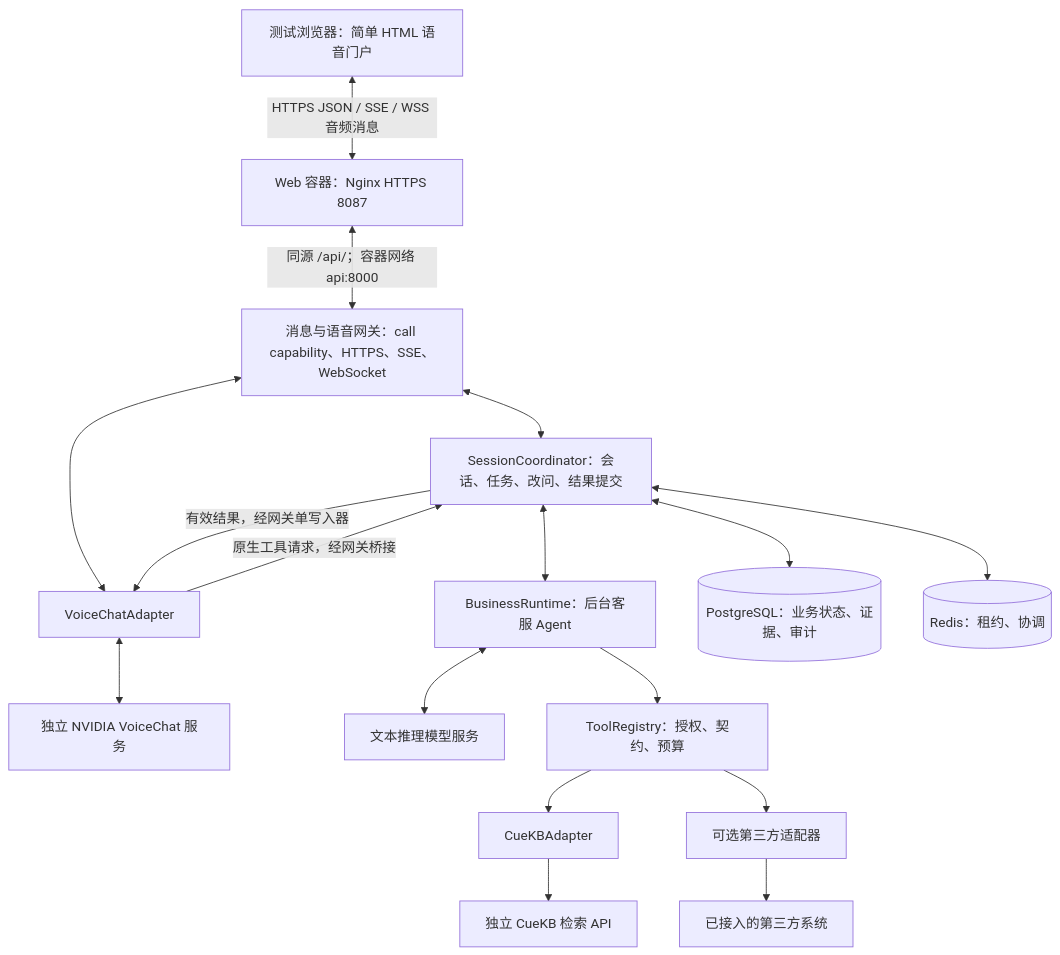
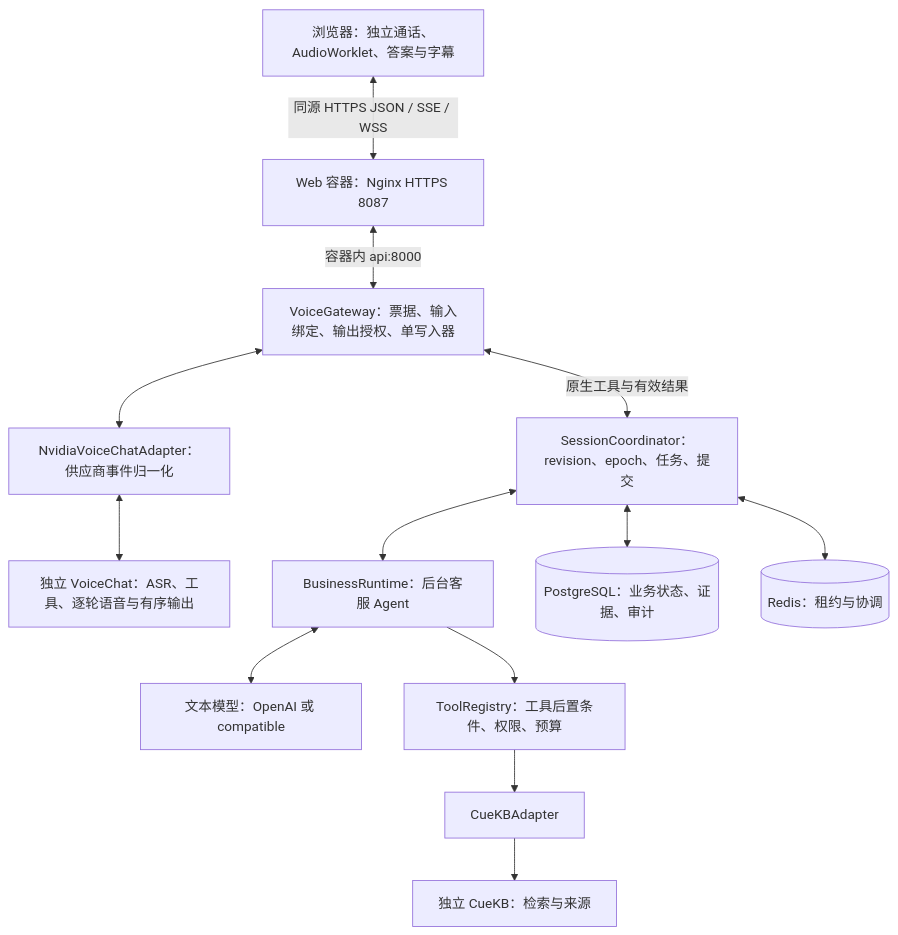
Before and after one commit to ttonghao-thao/voice-service-agent: the diagram in docs/architecture.md, drawn with Mermaid. The commit also changed other lines of this file and 29 other files, not shown here.

````diff
--- a/docs/architecture.md
+++ b/docs/architecture.md
@@ -20,32 +17,24 @@
 ```mermaid
 flowchart TB
-    U[测试浏览器：简单 HTML 语音门户]
+    U[浏览器：独立通话、AudioWorklet、答案与字幕]
     W[Web 容器：Nginx HTTPS 8087]
-    G[消息与语音网关：call capability、HTTPS、SSE、WebSocket]
-    C[SessionCoordinator：会话、任务、改问、结果提交]
-    V[VoiceChatAdapter]
-    N[独立 NVIDIA VoiceChat 服务]
+    G[VoiceGateway：票据、输入绑定、输出授权、单写入器]
+    C[SessionCoordinator：revision、epoch、任务、提交]
+    V[NvidiaVoiceChatAdapter：供应商事件归一化]
+    N[独立 VoiceChat：ASR、工具、逐轮语音与有序输出]
     B[BusinessRuntime：后台客服 Agent]
-    L[文本推理模型服务]
-    T[ToolRegistry：授权、契约、预算]
+    L[文本模型：OpenAI 或 compatible]
+    T[ToolRegistry：工具后置条件、权限、预算]
     K[CueKBAdapter]
-    Q[独立 CueKB 检索 API]
-    X[可选第三方适配器]
-    E[已接入的第三方系统]
+    Q[独立 CueKB：检索与来源]
     S[(PostgreSQL：业务状态、证据、审计)]
-    R[(Redis：租约、协调)]
-    U <-->|HTTPS JSON / SSE / WSS 音频消息| W
-    W <-->|同源 /api/；容器网络 api:8000| G
-    G <--> C
-    G <--> V
-    V <--> N
-    V -->|原生工具请求，经网关桥接| C
-    C <--> B
-    B <--> L
-    B --> T
-    T --> K --> Q
-    T --> X --> E
-    C -->|有效结果，经网关单写入器| V
+    R[(Redis：租约与协调)]
+    U <-->|同源 HTTPS JSON / SSE / WSS| W
+    W <-->|容器内 api:8000| G
+    G <--> V <--> N
+    G <-->|原生工具与有效结果| C
+    C <--> B <--> L
+    B --> T --> K --> Q
     C <--> S
     C <--> R
 ```
````
